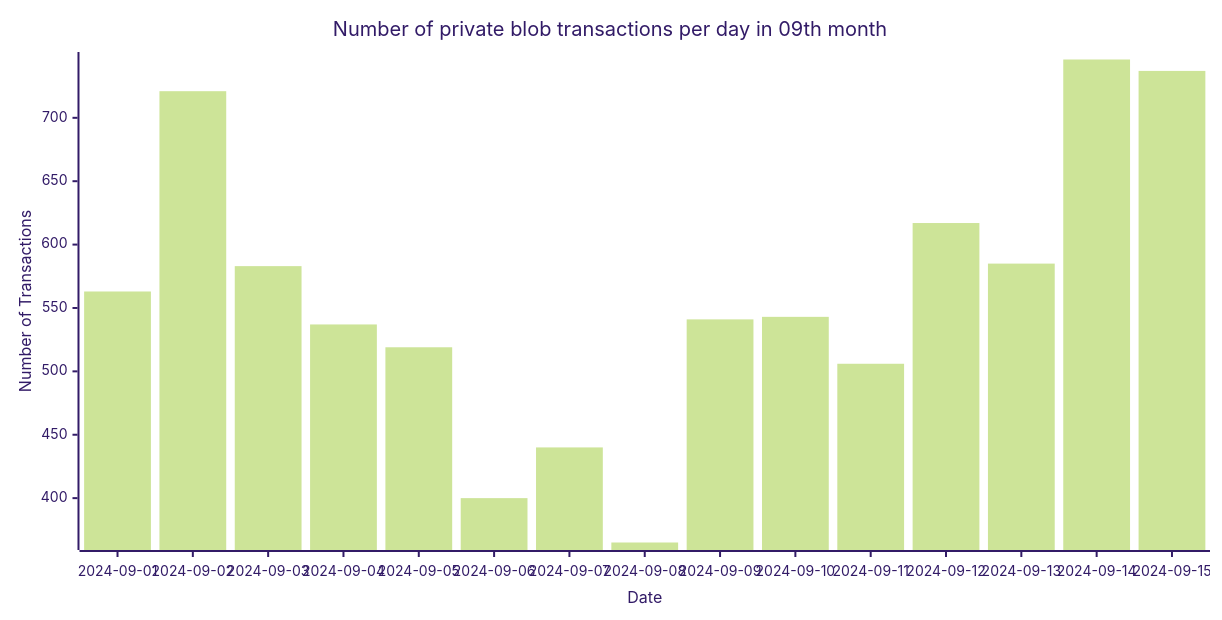
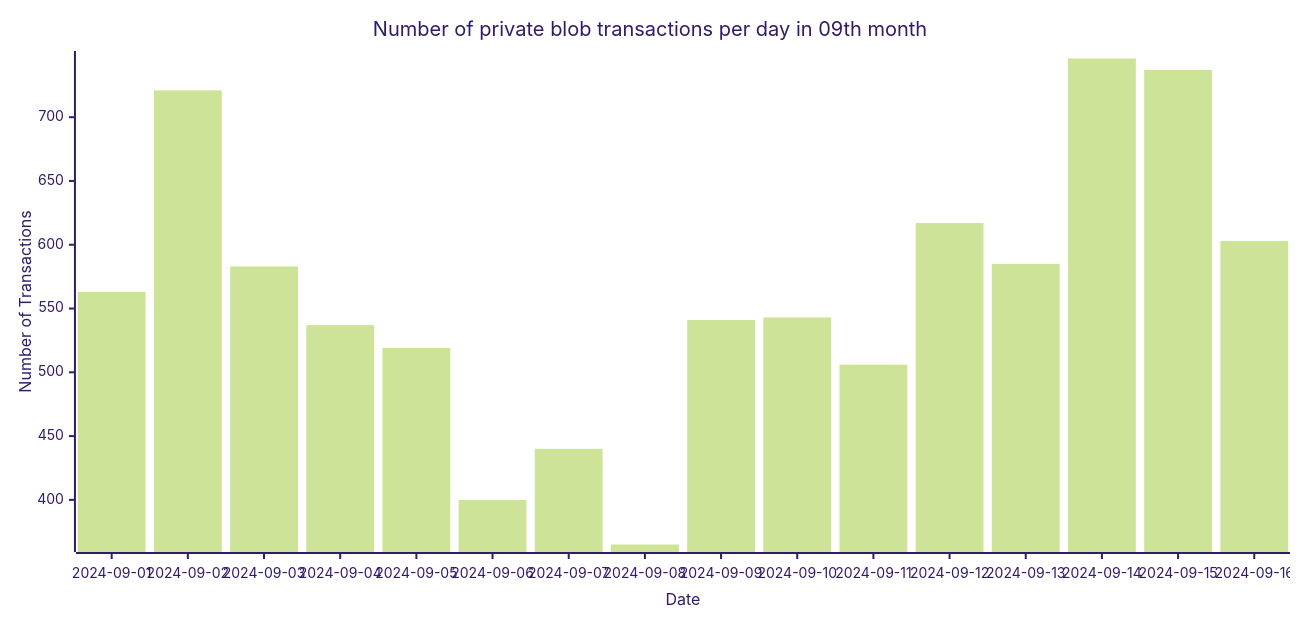
One commit to Amit0617/eip4844-data changed the seventh of 7 diagrams in README.md. Above: the diagram before and after it, drawn with Mermaid (forest theme). The commit also changed 1 other file, not shown here.

````diff
--- a/README.md
+++ b/README.md
@@ -79,12 +79,12 @@
 ```mermaid
 ---
 config:
     xyChart:
-        width: 1200
+        width: 1280
         height: 600
 ---
 xychart-beta title "Number of private blob transactions per day in 09th month"
-x-axis "Date" [2024-09-01,2024-09-02,2024-09-03,2024-09-04,2024-09-05,2024-09-06,2024-09-07,2024-09-08,2024-09-09,2024-09-10,2024-09-11,2024-09-12,2024-09-13,2024-09-14,2024-09-15]
+x-axis "Date" [2024-09-01,2024-09-02,2024-09-03,2024-09-04,2024-09-05,2024-09-06,2024-09-07,2024-09-08,2024-09-09,2024-09-10,2024-09-11,2024-09-12,2024-09-13,2024-09-14,2024-09-15,2024-09-16]
 y-axis "Number of Transactions"
-bar[563,721,583,537,519,400,440,365,541,543,506,617,585,746,737]
+bar[563,721,583,537,519,400,440,365,541,543,506,617,585,746,737,603]
 ```
````
